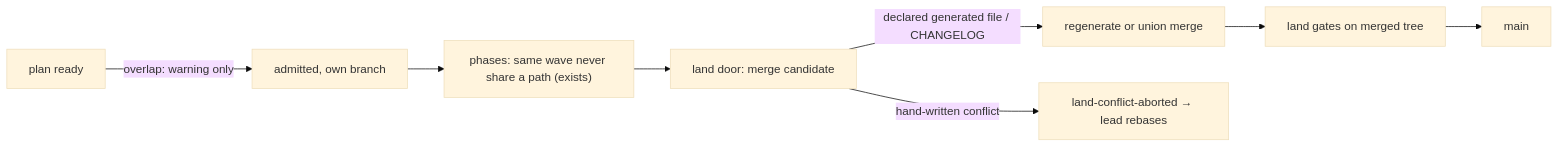
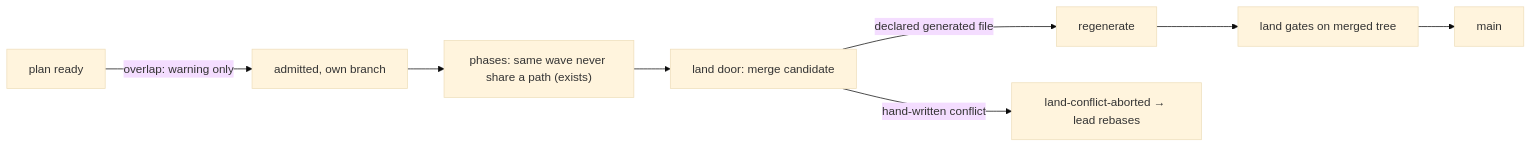
Before and after one commit to vantt/forgent: the diagram in plans/discussions/ds-yf3vnbidi6-plan-footprint-overlap/DISCUSSION.md, drawn with Mermaid (base theme). The commit also changed other lines of this file, not shown here.

Commit message:
discussion(plan-footprint-overlap): owner agreed to warn instead of block, with changelog fragments

````diff
--- a/plans/discussions/ds-yf3vnbidi6-plan-footprint-overlap/DISCUSSION.md
+++ b/plans/discussions/ds-yf3vnbidi6-plan-footprint-overlap/DISCUSSION.md
@@ -114,10 +126,10 @@
 ```mermaid
 flowchart LR
   P["plan ready"] -->|"overlap: warning only"| A["admitted, own branch"]
   A --> W["phases: same wave never share a path (exists)"]
   W --> L["land door: merge candidate"]
-  L -->|"declared generated file / CHANGELOG"| R["regenerate or union merge"]
+  L -->|"declared generated file"| R["regenerate"]
   L -->|"hand-written conflict"| X["land-conflict-aborted → lead rebases"]
   R --> G["land gates on merged tree"]
   G --> M["main"]
 ```
````
